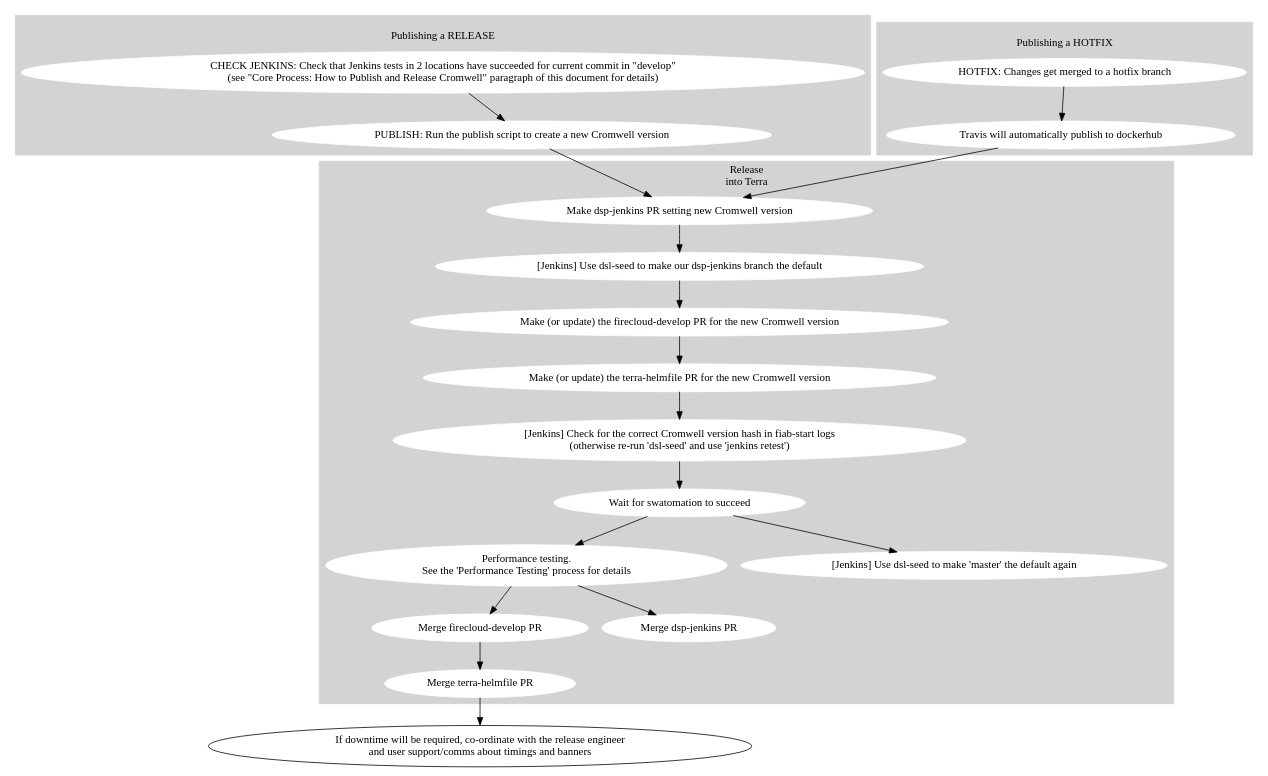
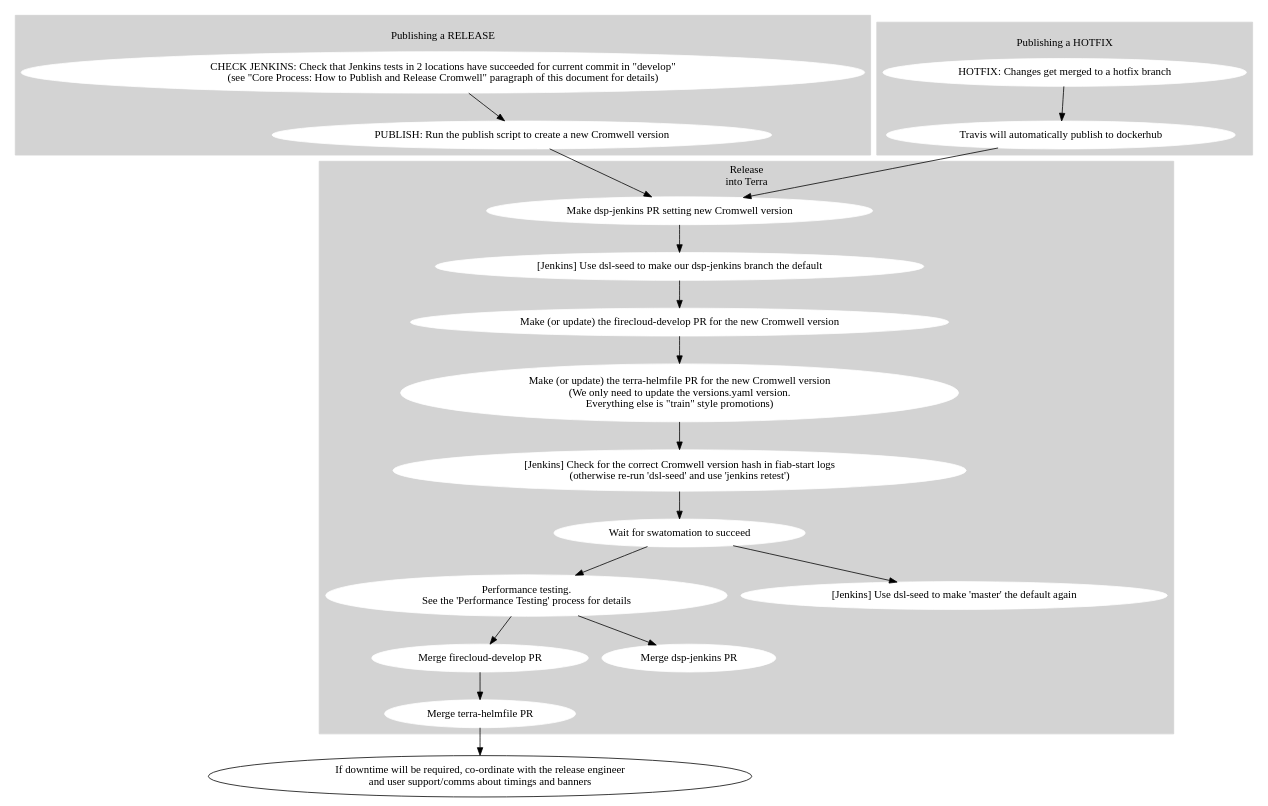
Before and after one commit to broadinstitute/cromwell: the diagram in processes/release_processes/firecloud-develop.dot, drawn with Graphviz. The commit also changed 1 other file, not shown here.

Commit message:
Update docs regarding terra-helmfile

```diff
--- a/processes/release_processes/firecloud-develop.dot
+++ b/processes/release_processes/firecloud-develop.dot
@@ -1,75 +1,76 @@
 digraph {
 
   # Nodes
 
   subgraph cluster_0 {
     label="\lPublishing a RELEASE"
     style=filled
     node [style=filled,color=white];
     color="lightgrey"
 
     check_jenkins_tests [shape=oval label="CHECK JENKINS: Check that Jenkins tests in 2 locations have succeeded for current commit in \"develop\"\n(see \"Core Process: How to Publish and Release Cromwell\" paragraph of this document for details)"];
     release_cromwell [shape=oval label="PUBLISH: Run the publish script to create a new Cromwell version"];
   }
 
   subgraph cluster_1 {
     label="\lPublishing a HOTFIX"
     style=filled
     node [style=filled,color=white];
     color="lightgrey"
 
     hotfix_changes [shape=oval label="HOTFIX: Changes get merged to a hotfix branch"];
     publish_hotfix [shape=oval label="Travis will automatically publish to dockerhub"];
   }
 
   subgraph cluster_2 {
     label="Release\ninto Terra"
     style=filled
     node [style=filled,color=white];
     color="lightgrey"
 
     fcdev_pr [shape=oval label="Make (or update) the firecloud-develop PR for the new Cromwell version"];
-    helmfile_pr [shape=oval label="Make (or update) the terra-helmfile PR for the new Cromwell version"];
+    # For an example PR see https://github.com/broadinstitute/terra-helmfile/pull/550#pullrequestreview-527531319
+    helmfile_pr [shape=oval label="Make (or update) the terra-helmfile PR for the new Cromwell version\n(We only need to update the versions.yaml version.\nEverything else is \"train\" style promotions)"];
     confirm_cromwell_v [shape=oval label="[Jenkins] Check for the correct Cromwell version hash in fiab-start logs\n(otherwise re-run 'dsl-seed' and use 'jenkins retest')"];
     confirm_cromwell_v [shape=oval label="[Jenkins] Check for the correct Cromwell version hash in fiab-start logs\n(otherwise re-run 'dsl-seed' and use 'jenkins retest')"];
     fcdev_success [shape=oval label="Wait for swatomation to succeed"];
 
     fcdev_merge [shape=oval label="Merge firecloud-develop PR"];
     helmfile_merge [shape=oval label="Merge terra-helmfile PR"];
 
     dspjenkins_PR [shape=oval label="Make dsp-jenkins PR setting new Cromwell version"];
     dspjenkins_merge [shape=oval label="Merge dsp-jenkins PR"];
 
     qa_perf [shape=oval label="Performance testing.\nSee the 'Performance Testing' process for details"];
 
     jenkins_set [shape=oval label="[Jenkins] Use dsl-seed to make our dsp-jenkins branch the default"];
     jenkins_reset [shape=oval label="[Jenkins] Use dsl-seed to make 'master' the default again"];
   }
 
   coordinate_release_timing [shape=oval label="If downtime will be required, co-ordinate with the release engineer\nand user support/comms about timings and banners"];
 
   # Edges
   check_jenkins_tests -> release_cromwell
 
   hotfix_changes -> publish_hotfix
   publish_hotfix -> dspjenkins_PR
 
   release_cromwell -> dspjenkins_PR
 
   fcdev_pr -> helmfile_pr
   helmfile_pr -> confirm_cromwell_v
 
   dspjenkins_PR -> jenkins_set
 
   jenkins_set -> fcdev_pr
   confirm_cromwell_v -> fcdev_success
 
   fcdev_success -> jenkins_reset
   fcdev_success -> qa_perf
 
   qa_perf -> dspjenkins_merge
   qa_perf -> fcdev_merge
 
   fcdev_merge -> helmfile_merge
   helmfile_merge -> coordinate_release_timing
 }
```
